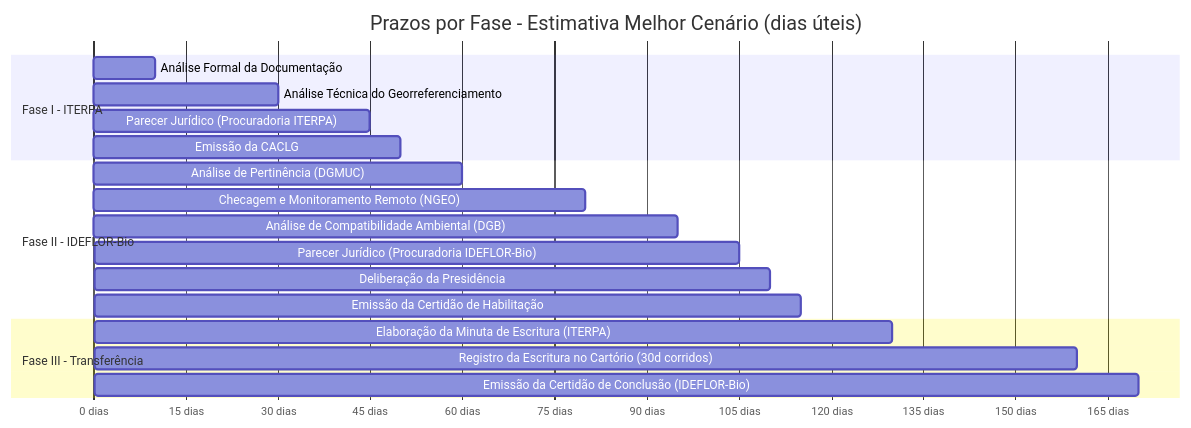
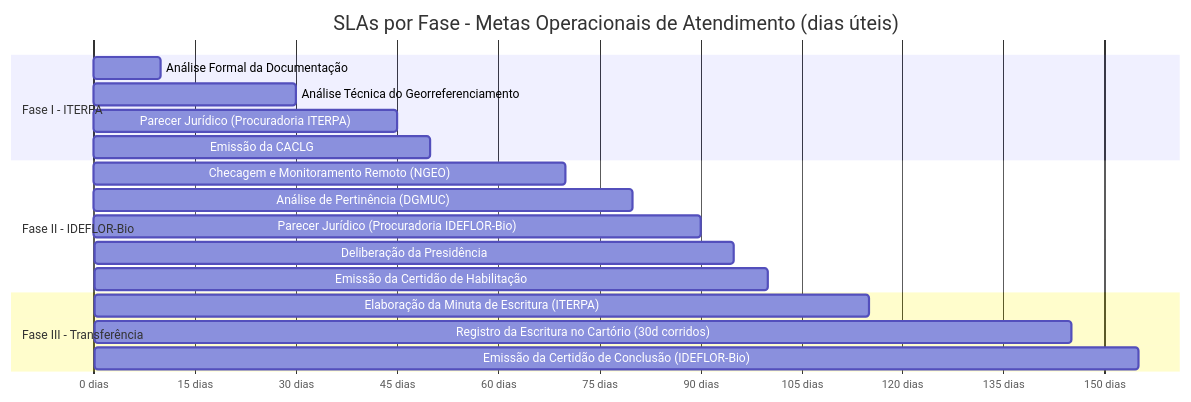
One commit to NGEO-IDEFLOR-Bio/certFundiaria-uces-pa changed the diagram in docs/03-fluxos/imagens/11-gantt-prazos.mmd. Above: the diagram before and after it, drawn with Mermaid. The commit also changed 31 other files, not shown here.

Commit message:
docs: atualiza especificacoes de planejamento e diagramas com a IN Conjunta oficial 2026

```diff
--- a/docs/03-fluxos/imagens/11-gantt-prazos.mmd
+++ b/docs/03-fluxos/imagens/11-gantt-prazos.mmd
@@ -1,23 +1,22 @@
 gantt
-    title Prazos por Fase - Estimativa Melhor Cenário (dias úteis)
+    title SLAs por Fase - Metas Operacionais de Atendimento (dias úteis)
     dateFormat  X
     axisFormat  %s dias
 
     section Fase I - ITERPA
     Análise Formal da Documentação       :f1a, 0, 10
     Análise Técnica do Georreferenciamento :f1b, 10, 30
     Parecer Jurídico (Procuradoria ITERPA) :f1c, 30, 45
     Emissão da CACLG                      :f1d, 45, 50
 
     section Fase II - IDEFLOR-Bio
-    Análise de Pertinência (DGMUC)                     :f2a, 50, 60
-    Checagem e Monitoramento Remoto (NGEO)             :f2b, 60, 80
-    Análise de Compatibilidade Ambiental (DGB)          :f2c, 80, 95
-    Parecer Jurídico (Procuradoria IDEFLOR-Bio)         :f2d, 95, 105
-    Deliberação da Presidência                          :f2e, 105, 110
-    Emissão da Certidão de Habilitação                 :f2f, 110, 115
+    Checagem e Monitoramento Remoto (NGEO)             :f2a, 50, 70
+    Análise de Pertinência (DGMUC)                     :f2b, 70, 80
+    Parecer Jurídico (Procuradoria IDEFLOR-Bio)         :f2c, 80, 90
+    Deliberação da Presidência                          :f2d, 90, 95
+    Emissão da Certidão de Habilitação                 :f2e, 95, 100
 
     section Fase III - Transferência
-    Elaboração da Minuta de Escritura (ITERPA)          :f3a, 115, 130
-    Registro da Escritura no Cartório (30d corridos)   :f3b, 130, 160
-    Emissão da Certidão de Conclusão (IDEFLOR-Bio)     :f3c, 160, 170
+    Elaboração da Minuta de Escritura (ITERPA)          :f3a, 100, 115
+    Registro da Escritura no Cartório (30d corridos)   :f3b, 115, 145
+    Emissão da Certidão de Conclusão (IDEFLOR-Bio)     :f3c, 145, 155
```
